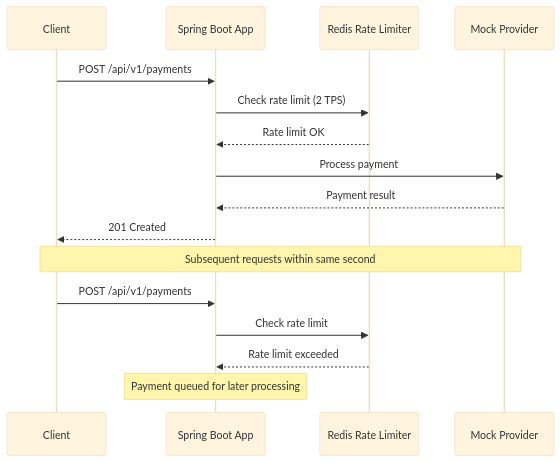
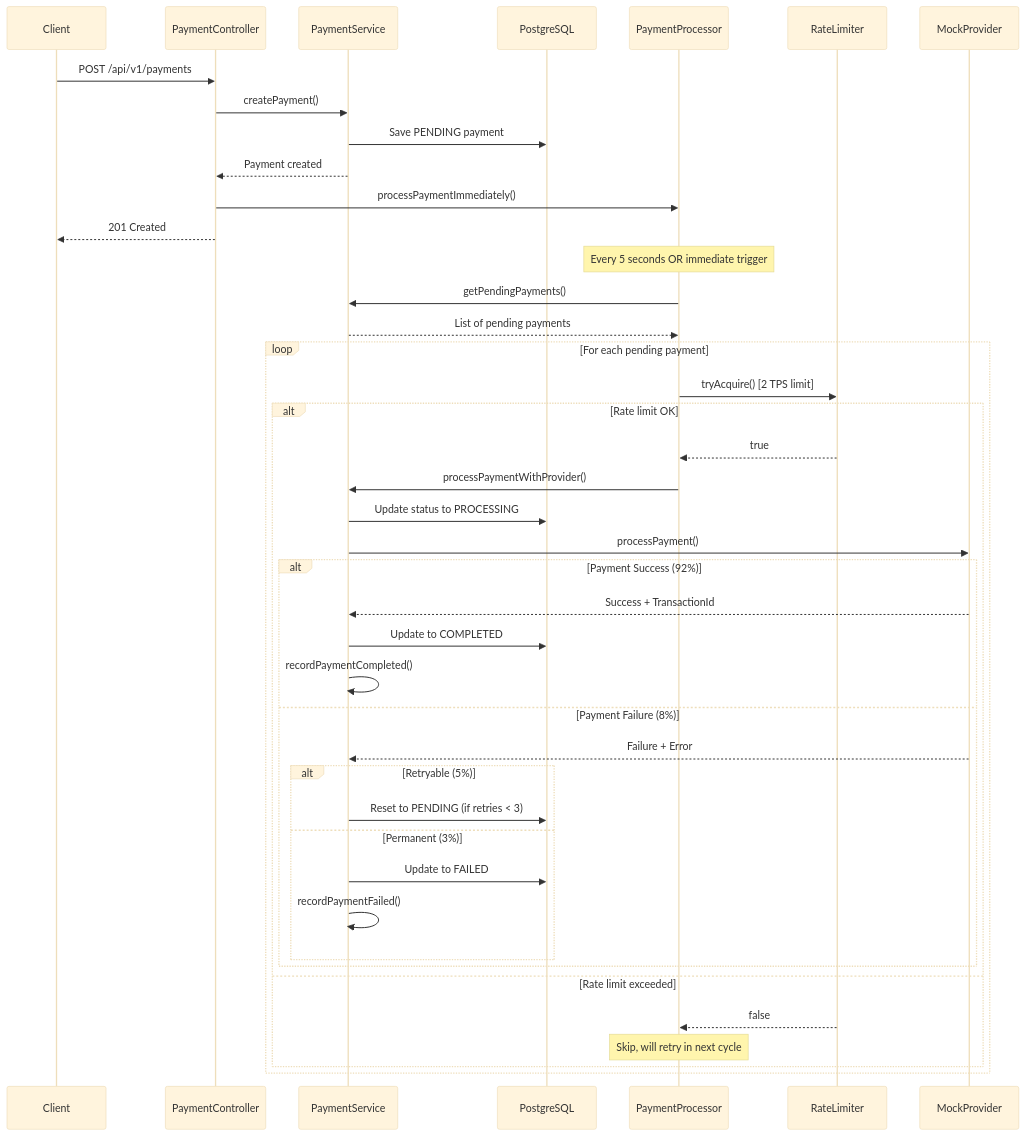
The second of 2 diagrams in README.md (Nardos-Tsega/po), drawn with Mermaid (base theme) before and after one commit. The commit also changed other lines of this file and 7 other files, not shown here.

Commit message:
mock payment gatewau

````diff
--- a/README.md
+++ b/README.md
@@ -55,20 +57,48 @@
 ```mermaid
 sequenceDiagram
     participant CLIENT as Client
-    participant APP as Spring Boot App
-    participant REDIS as Redis Rate Limiter
-    participant MOCK as Mock Provider
+    participant CONTROLLER as PaymentController
+    participant SERVICE as PaymentService
+    participant DB as PostgreSQL
+    participant SCHEDULER as PaymentProcessor
+    participant LIMITER as RateLimiter
+    participant PROVIDER as MockProvider
     
-    CLIENT->>APP: POST /api/v1/payments
-    APP->>REDIS: Check rate limit (2 TPS)
-    REDIS-->>APP: Rate limit OK
-    APP->>MOCK: Process payment
-    MOCK-->>APP: Payment result
-    APP-->>CLIENT: 201 Created
+    CLIENT->>CONTROLLER: POST /api/v1/payments
+    CONTROLLER->>SERVICE: createPayment()
+    SERVICE->>DB: Save PENDING payment
+    SERVICE-->>CONTROLLER: Payment created
+    CONTROLLER->>SCHEDULER: processPaymentImmediately()
+    CONTROLLER-->>CLIENT: 201 Created
     
-    Note over CLIENT,MOCK: Subsequent requests within same second
-    CLIENT->>APP: POST /api/v1/payments
-    APP->>REDIS: Check rate limit
-    REDIS-->>APP: Rate limit exceeded
-    Note over APP: Payment queued for later processing
+    Note over SCHEDULER: Every 5 seconds OR immediate trigger
+    SCHEDULER->>SERVICE: getPendingPayments()
+    SERVICE-->>SCHEDULER: List of pending payments
+    
+    loop For each pending payment
+        SCHEDULER->>LIMITER: tryAcquire() [2 TPS limit]
+        alt Rate limit OK
+            LIMITER-->>SCHEDULER: true
+            SCHEDULER->>SERVICE: processPaymentWithProvider()
+            SERVICE->>DB: Update status to PROCESSING
+            SERVICE->>PROVIDER: processPayment()
+            
+            alt Payment Success (92%)
+                PROVIDER-->>SERVICE: Success + TransactionId
+                SERVICE->>DB: Update to COMPLETED
+                SERVICE->>SERVICE: recordPaymentCompleted()
+            else Payment Failure (8%)
+                PROVIDER-->>SERVICE: Failure + Error
+                alt Retryable (5%)
+                    SERVICE->>DB: Reset to PENDING (if retries < 3)
+                else Permanent (3%)
+                    SERVICE->>DB: Update to FAILED
+                    SERVICE->>SERVICE: recordPaymentFailed()
+                end
+            end
+        else Rate limit exceeded
+            LIMITER-->>SCHEDULER: false
+            Note over SCHEDULER: Skip, will retry in next cycle
+        end
+    end
 ```
````
